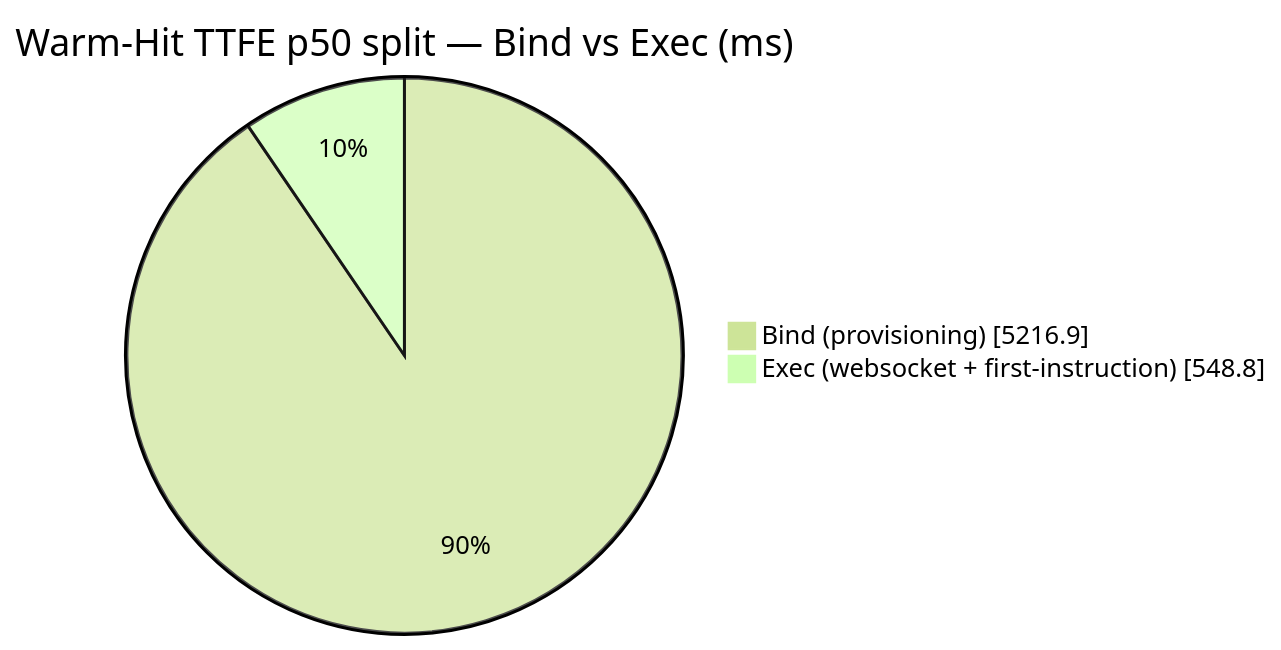
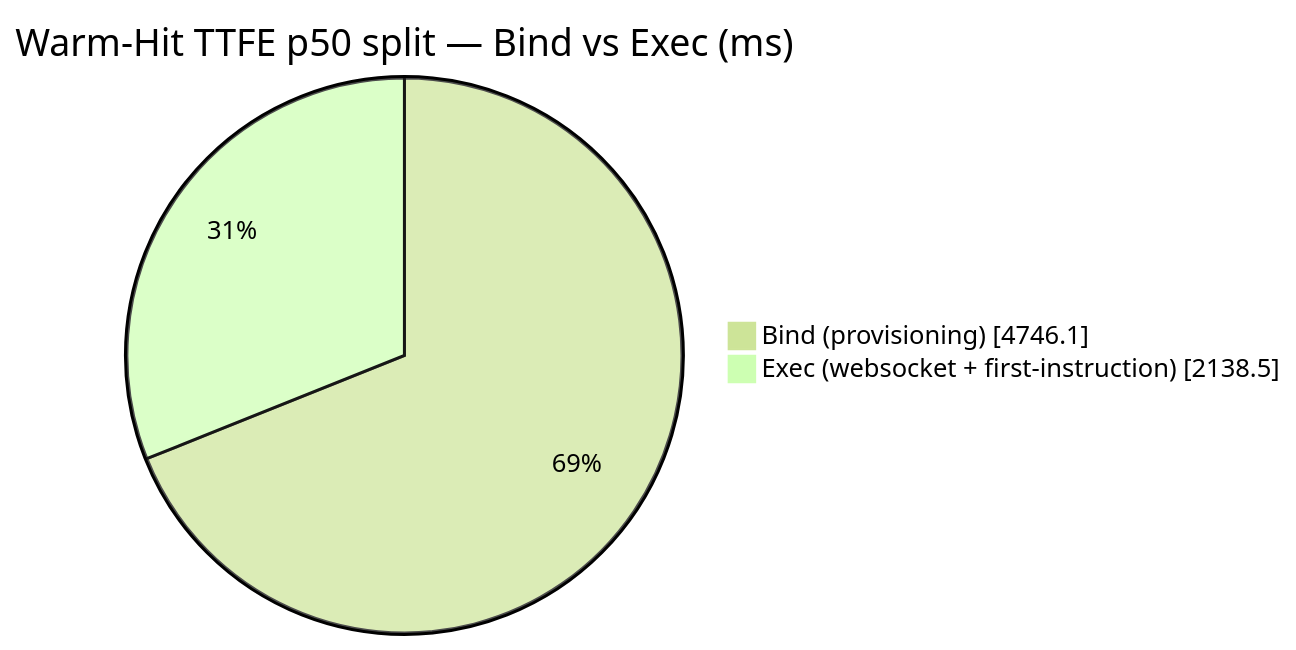
One commit to AlexBulankou/honest-bench changed the diagram in DETAILS.md. Above: the diagram before and after it, drawn with Mermaid (forest theme). The commit also changed other lines of this file and 4 other files, not shown here.

````diff
--- a/DETAILS.md
+++ b/DETAILS.md
@@ -128,6 +129,6 @@
 ```mermaid
 pie showData
     title Warm-Hit TTFE p50 split — Bind vs Exec (ms)
-    "Bind (provisioning)" : 5216.9
-    "Exec (websocket + first-instruction)" : 548.8
+    "Bind (provisioning)" : 4746.1
+    "Exec (websocket + first-instruction)" : 2138.5
 ```
````
